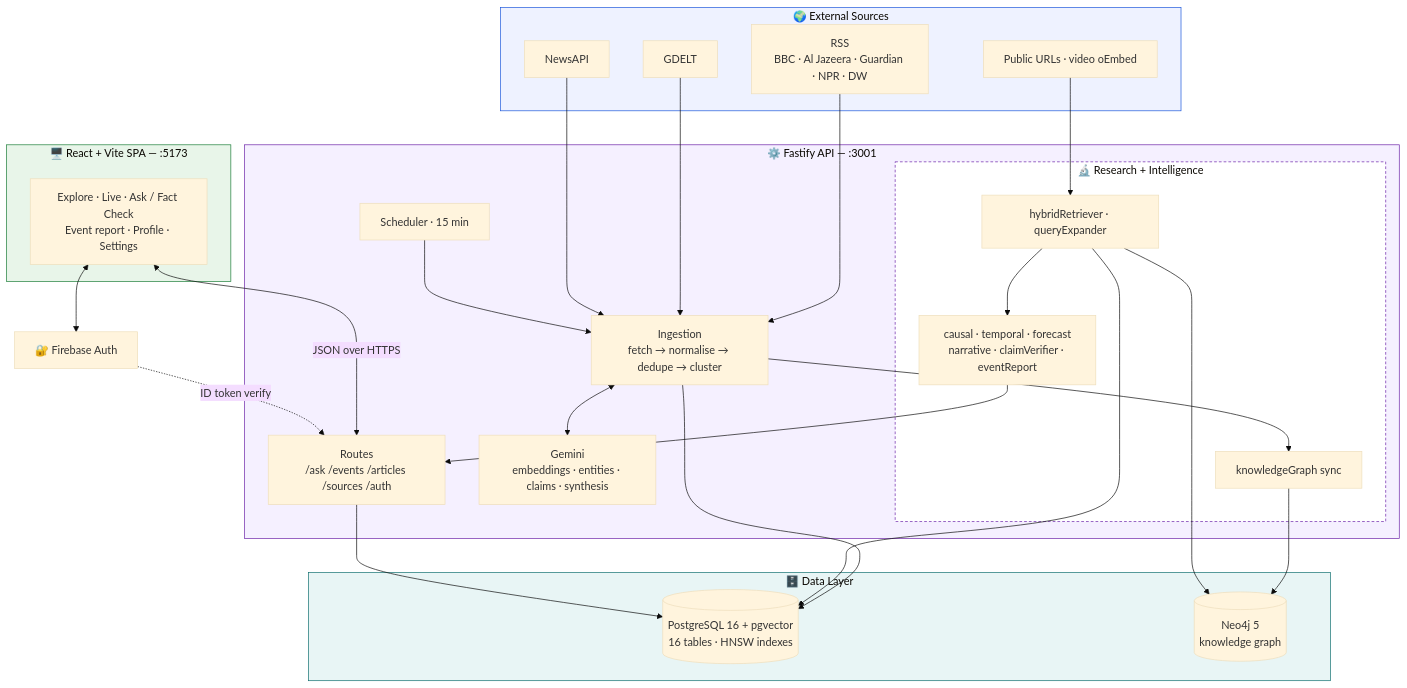
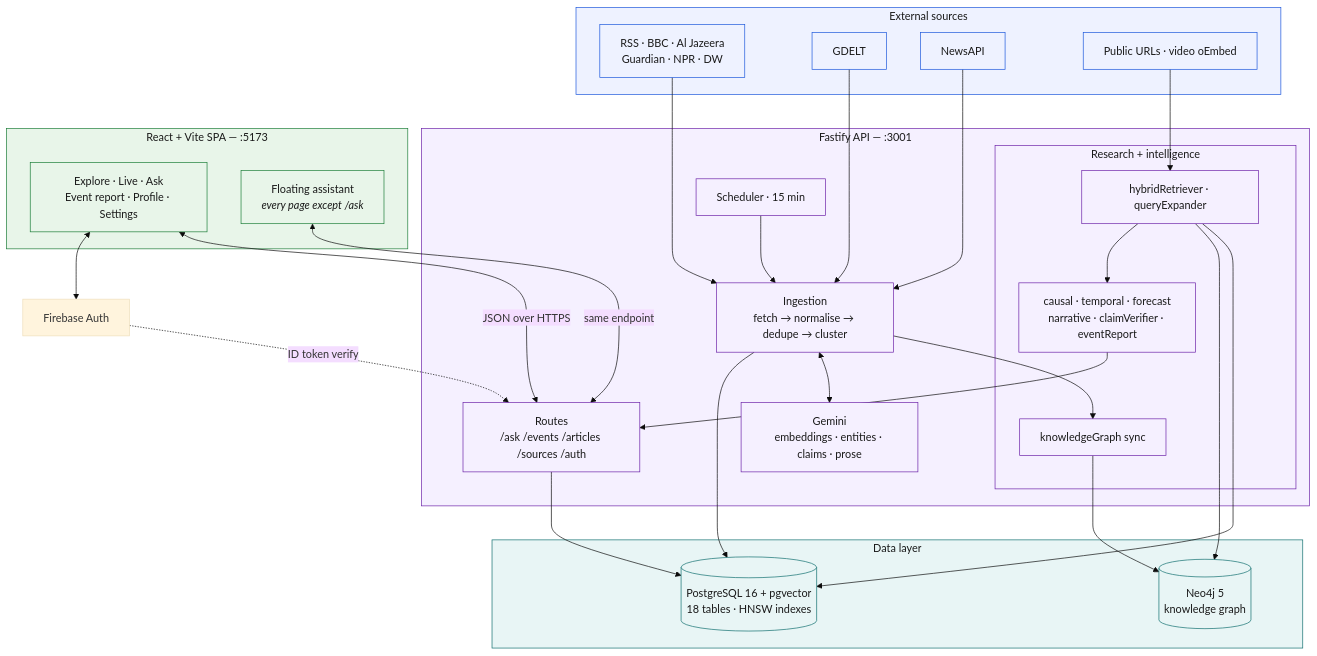
The fourth of 7 diagrams in README.md (xeevees-lab/pramana), drawn with Mermaid (base theme) before and after one commit. The commit also changed other lines of this file, not shown here.

````diff
--- a/README.md
+++ b/README.md
@@ -143,56 +225,61 @@
 ```mermaid
 flowchart TB
-    subgraph Sources["🌍 External Sources"]
-        RSS["RSS<br/>BBC · Al Jazeera · Guardian · NPR · DW"]
+    subgraph Sources["External sources"]
+        RSS["RSS · BBC · Al Jazeera<br/>Guardian · NPR · DW"]
         GDELT["GDELT"]
         NAPI["NewsAPI"]
         WEB["Public URLs · video oEmbed"]
     end
 
-    subgraph Backend["⚙️ Fastify API — :3001"]
+    subgraph Backend["Fastify API — :3001"]
         SCHED["Scheduler · 15 min"]
         PIPE["Ingestion<br/>fetch → normalise → dedupe → cluster"]
-        GEM["Gemini<br/>embeddings · entities · claims · synthesis"]
-        subgraph Brain["🔬 Research + Intelligence"]
+        GEM["Gemini<br/>embeddings · entities · claims · prose"]
+        subgraph Brain["Research + intelligence"]
             HR["hybridRetriever · queryExpander"]
             INT["causal · temporal · forecast<br/>narrative · claimVerifier · eventReport"]
             KG["knowledgeGraph sync"]
         end
         API["Routes<br/>/ask /events /articles /sources /auth"]
     end
 
-    subgraph Data["🗄️ Data Layer"]
-        PG[("PostgreSQL 16 + pgvector<br/>16 tables · HNSW indexes")]
+    subgraph Data["Data layer"]
+        PG[("PostgreSQL 16 + pgvector<br/>18 tables · HNSW indexes")]
         NEO[("Neo4j 5<br/>knowledge graph")]
     end
 
-    subgraph Client["🖥️ React + Vite SPA — :5173"]
-        UI["Explore · Live · Ask / Fact Check<br/>Event report · Profile · Settings"]
+    subgraph Client["React + Vite SPA — :5173"]
+        UI["Explore · Live · Ask<br/>Event report · Profile · Settings"]
+        FI["Floating assistant<br/><i>every page except /ask</i>"]
     end
 
-    FB["🔐 Firebase Auth"]
+    FB["Firebase Auth"]
 
     RSS --> PIPE
     GDELT --> PIPE
     NAPI --> PIPE
     SCHED --> PIPE
     WEB --> HR
     PIPE <--> GEM
     PIPE --> PG
     PIPE --> KG
     KG --> NEO
     HR --> PG
     HR --> NEO
     HR --> INT
     INT --> API
     API --> PG
     UI <-->|JSON over HTTPS| API
+    FI <-->|same endpoint| API
     UI <--> FB
     FB -.->|ID token verify| API
 
-    style Sources fill:#eef2ff,stroke:#1a56db
-    style Backend fill:#f5f0ff,stroke:#6b21a8
-    style Brain fill:#ffffff,stroke:#6b21a8,stroke-dasharray: 4 3
-    style Data fill:#e8f5f5,stroke:#0e6e6e
-    style Client fill:#e8f5e9,stroke:#1a7d37
+    classDef src fill:#EEF2FF,stroke:#1A56DB,color:#1A1A1A
+    classDef back fill:#F5F0FF,stroke:#6B21A8,color:#1A1A1A
+    classDef data fill:#E8F5F5,stroke:#0E6E6E,color:#1A1A1A
+    classDef cli fill:#E8F5E9,stroke:#1A7D37,color:#1A1A1A
+    class Sources,RSS,GDELT,NAPI,WEB src
+    class Backend,Brain,SCHED,PIPE,GEM,HR,INT,KG,API back
+    class Data,PG,NEO data
+    class Client,UI,FI cli
 ```
````
